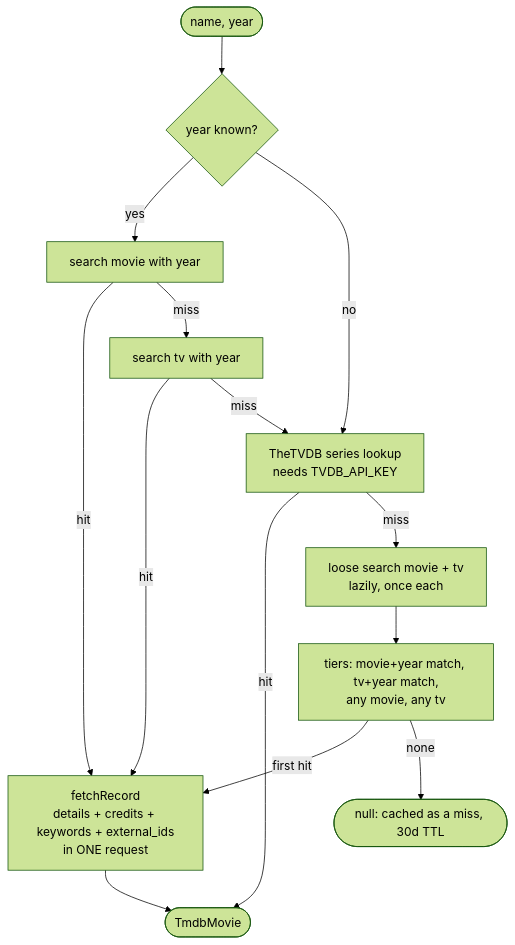
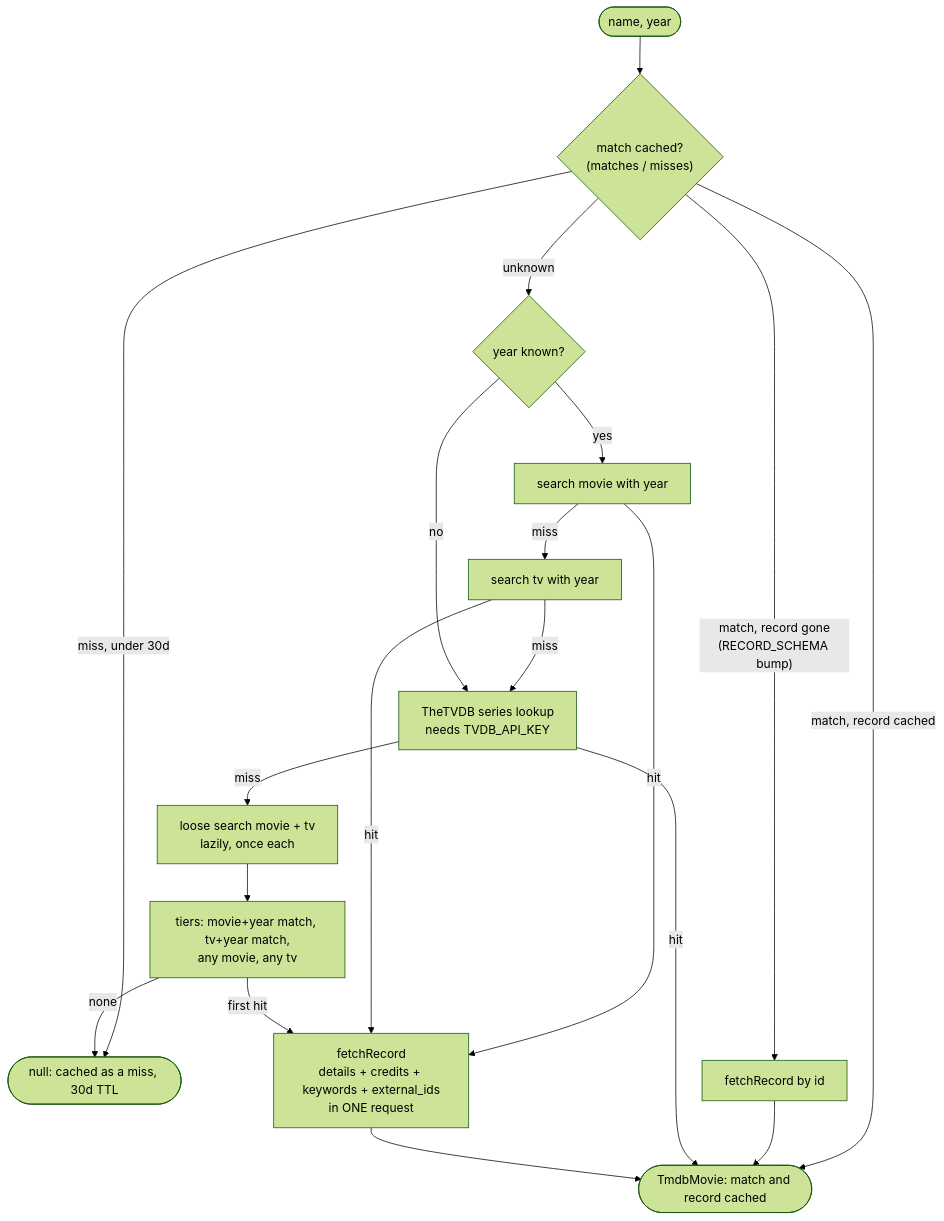
Before and after one commit to LaurinSorgend/letterboxd-vizard: the fourth of 26 diagrams in docs/ARCHITECTURE.md, drawn with Mermaid (forest theme). The commit also changed other lines of this file and 319 other files, not shown here.

````diff
--- a/docs/ARCHITECTURE.md
+++ b/docs/ARCHITECTURE.md
@@ -150,16 +157,21 @@
 ```mermaid
 flowchart TD
-    start([name, year]) --> hasYear{year known?}
+    start([name, year]) --> cached{"match cached?<br/>(matches / misses)"}
+    cached -- "miss, under 30d" --> nul
+    cached -- "match, record cached" --> done
+    cached -- "match, record gone<br/>(RECORD_SCHEMA bump)" --> byId[fetchRecord by id]
+    byId --> done
+    cached -- unknown --> hasYear{year known?}
     hasYear -- yes --> m1[search movie with year]
     m1 -->|hit| rec
     m1 -->|miss| t1[search tv with year]
     t1 -->|hit| rec
     t1 -->|miss| tvdb
     hasYear -- no --> tvdb[TheTVDB series lookup<br/>needs TVDB_API_KEY]
     tvdb -->|hit| done
     tvdb -->|miss| loose[loose search movie + tv<br/>lazily, once each]
     loose --> tiers["tiers: movie+year match, tv+year match,<br/>any movie, any tv"]
     tiers -->|first hit| rec[fetchRecord<br/>details + credits + keywords + external_ids<br/>in ONE request]
     tiers -->|none| nul([null: cached as a miss, 30d TTL])
-    rec --> done([TmdbMovie])
+    rec --> done([TmdbMovie: match and record cached])
 ```
````
